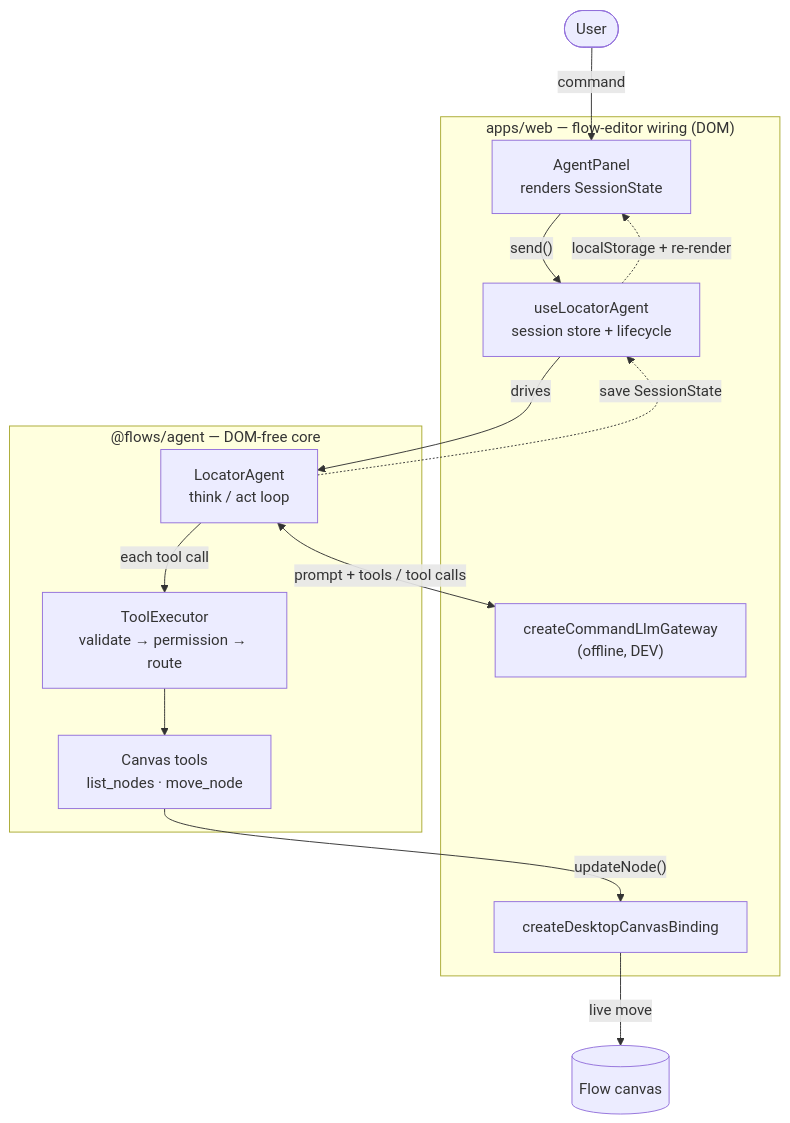
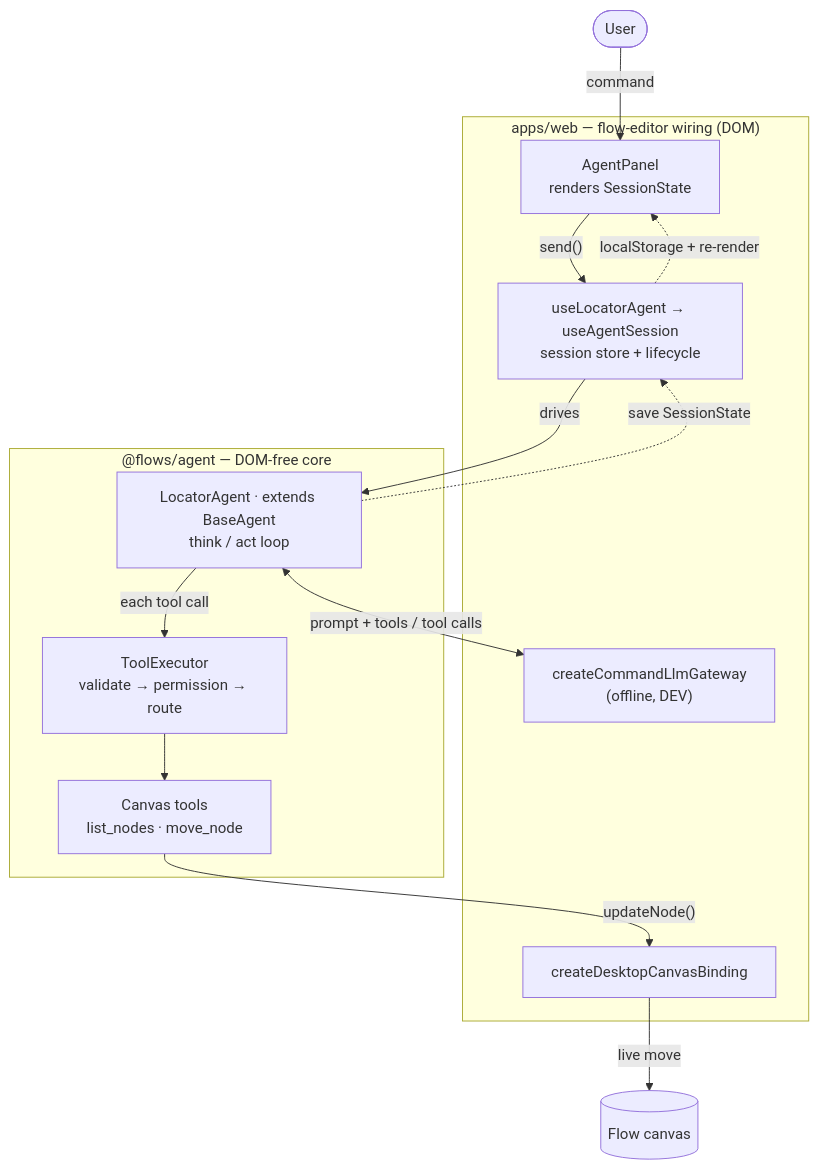
The diagram in docs/specs/0002-locator-agent/IMPLEMENTATION.md (lemoncloud-io/eureka-flow), drawn with Mermaid before and after one commit. The commit also changed other lines of this file and 6 other files, not shown here.

First line of the commit message:
refactor(agent): extract generic BaseAgent + useAgentSession for multi-agent reuse

````diff
--- a/docs/specs/0002-locator-agent/IMPLEMENTATION.md
+++ b/docs/specs/0002-locator-agent/IMPLEMENTATION.md
@@ -34,30 +34,30 @@
 ```mermaid
 flowchart TD
     User([User])
 
     subgraph app["apps/web — flow-editor wiring (DOM)"]
         Panel["AgentPanel<br/>renders SessionState"]
-        Hook["useLocatorAgent<br/>session store + lifecycle"]
+        Hook["useLocatorAgent → useAgentSession<br/>session store + lifecycle"]
         Gateway["createCommandLlmGateway<br/>(offline, DEV)"]
         DBinding["createDesktopCanvasBinding"]
     end
 
     subgraph lib["@flows/agent — DOM-free core"]
-        Agent["LocatorAgent<br/>think / act loop"]
+        Agent["LocatorAgent · extends BaseAgent<br/>think / act loop"]
         Executor["ToolExecutor<br/>validate → permission → route"]
         Tools["Canvas tools<br/>list_nodes · move_node"]
     end
 
     Canvas[("Flow canvas")]
 
     User -->|command| Panel
     Panel -->|"send()"| Hook
     Hook -->|drives| Agent
     Agent <-->|"prompt + tools / tool calls"| Gateway
     Agent -->|each tool call| Executor
     Executor --> Tools
     Tools -->|"updateNode()"| DBinding
     DBinding -->|live move| Canvas
     Agent -.->|save SessionState| Hook
     Hook -.->|"localStorage + re-render"| Panel
 ```
````
